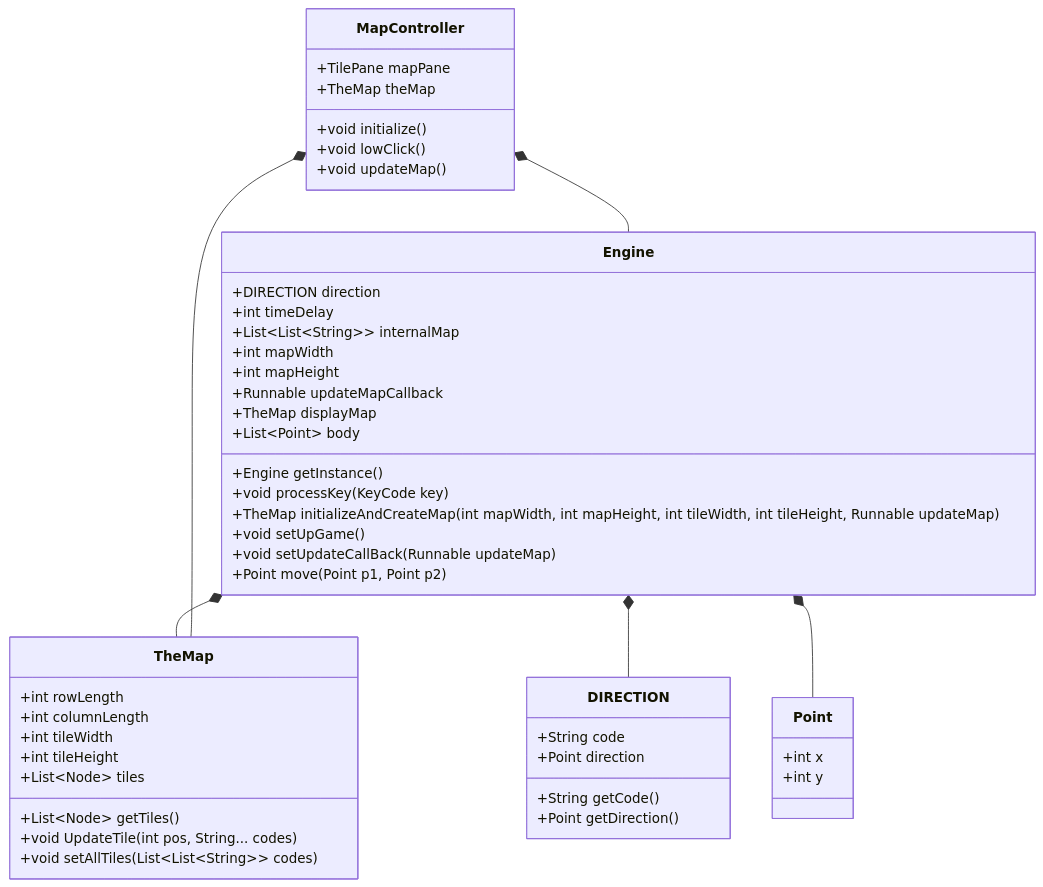
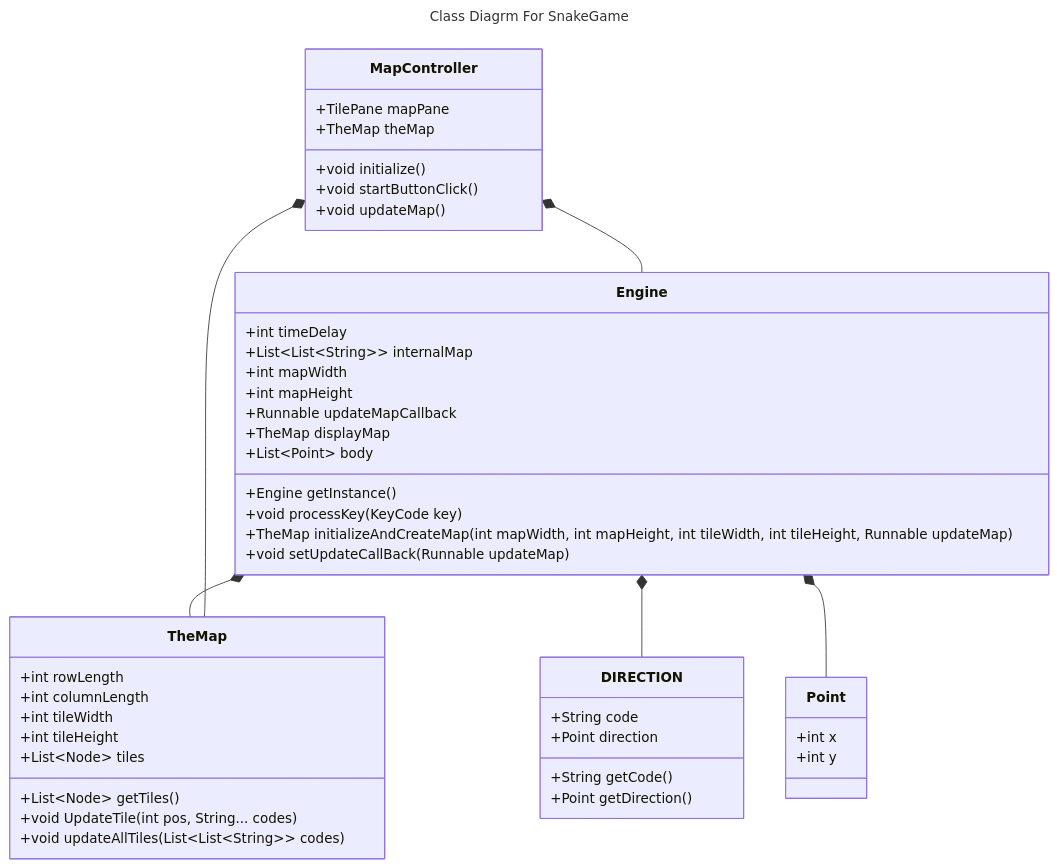
One commit to pikolinianita/snake changed the diagram in info.md. Above: the diagram before and after it, drawn with Mermaid. The commit also changed other lines of this file and 4 other files, not shown here.

Commit message:
mermaid and naming

````diff
--- a/info.md
+++ b/info.md
@@ -1,53 +1,54 @@
 ```mermaid
+---
+title: Class Diagrm For SnakeGame
+---
 
 classDiagram  
     Engine *-- DIRECTION
     Engine *-- Point
     Engine *-- TheMap
     MapController *-- TheMap
     MapController *-- Engine
+    
     class Point {
         +int x
         +int y
     }
     class Engine {
-        +DIRECTION direction
         +int timeDelay
         +List~List~String~~ internalMap
         +int mapWidth
         +int mapHeight
         +Runnable updateMapCallback
         +TheMap displayMap
         +List~Point~ body
         +Engine getInstance()
         +void processKey(KeyCode key)
         +TheMap initializeAndCreateMap(int mapWidth, int mapHeight, int tileWidth, int tileHeight, Runnable updateMap)
-        +void setUpGame()
         +void setUpdateCallBack(Runnable updateMap)
-        +Point move(Point p1, Point p2)
     }
     class TheMap {
         +int rowLength
         +int columnLength
         +int tileWidth
         +int tileHeight
         +List~Node~ tiles
         +List~Node~ getTiles()
         +void UpdateTile(int pos, String... codes)
-        +void setAllTiles(List~List~String~~ codes)
+        +void updateAllTiles(List~List~String~~ codes)
     }
     class MapController {
         +TilePane mapPane
         +TheMap theMap
         +void initialize()
-        +void lowClick()
+        +void startButtonClick()
         +void updateMap()
     }
     class DIRECTION {
         +String code
         +Point direction
         +String getCode()
         +Point getDirection()
     }
 
 ```
````
